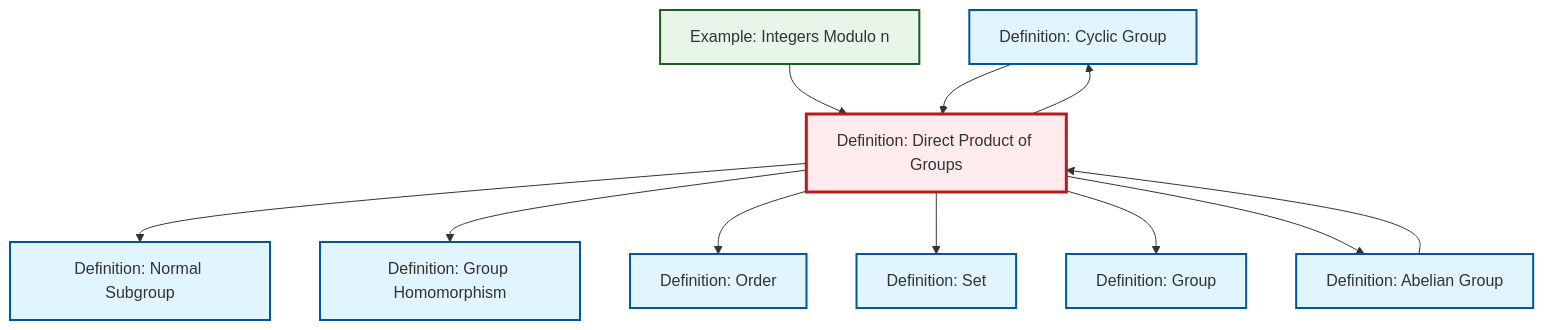
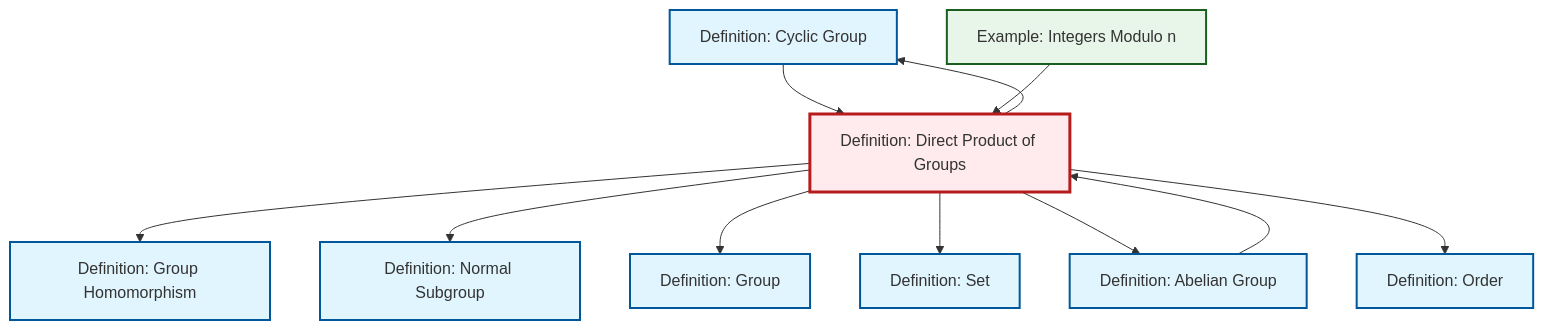
One commit to RK0429/ModernMath changed the diagram in content/en/algebra/def-direct-product.qmd. Above: the diagram before and after it, drawn with Mermaid. The commit also changed other lines of this file and 1012 other files, not shown here.

````diff
--- a/content/en/algebra/def-direct-product.qmd
+++ b/content/en/algebra/def-direct-product.qmd
@@ -107,37 +107,37 @@
 ```{mermaid}
 %%| fig-cap: "Local dependency graph"
 graph TD
     classDef definition fill:#e1f5fe,stroke:#01579b,stroke-width:2px
     classDef theorem fill:#f3e5f5,stroke:#4a148c,stroke-width:2px
     classDef axiom fill:#fff3e0,stroke:#e65100,stroke-width:2px
     classDef example fill:#e8f5e9,stroke:#1b5e20,stroke-width:2px
     classDef current fill:#ffebee,stroke:#b71c1c,stroke-width:3px
+    def-cyclic-group["Definition: Cyclic Group"]:::definition
+    def-order["Definition: Order"]:::definition
     def-set["Definition: Set"]:::definition
-    def-cyclic-group["Definition: Cyclic Group"]:::definition
+    def-abelian-group["Definition: Abelian Group"]:::definition
     def-normal-subgroup["Definition: Normal Subgroup"]:::definition
-    def-order["Definition: Order"]:::definition
+    def-homomorphism["Definition: Group Homomorphism"]:::definition
     def-direct-product["Definition: Direct Product of Groups"]:::definition
-    def-abelian-group["Definition: Abelian Group"]:::definition
+    def-group["Definition: Group"]:::definition
     ex-quotient-integers-mod-n["Example: Integers Modulo n"]:::example
-    def-homomorphism["Definition: Group Homomorphism"]:::definition
-    def-group["Definition: Group"]:::definition
+    def-direct-product --> def-homomorphism
     def-direct-product --> def-normal-subgroup
-    def-direct-product --> def-homomorphism
-    def-direct-product --> def-order
+    def-cyclic-group --> def-direct-product
+    def-direct-product --> def-group
     def-direct-product --> def-cyclic-group
+    def-abelian-group --> def-direct-product
     def-direct-product --> def-set
     ex-quotient-integers-mod-n --> def-direct-product
-    def-direct-product --> def-group
-    def-cyclic-group --> def-direct-product
-    def-abelian-group --> def-direct-product
     def-direct-product --> def-abelian-group
+    def-direct-product --> def-order
     class def-direct-product current
+    click def-cyclic-group "def-cyclic-group.html" "Go to Cyclic Group definition"
+    click def-order "def-order.html" "Go to Order definition"
     click def-set "def-set.html" "Go to Set definition"
-    click def-cyclic-group "def-cyclic-group.html" "Go to Cyclic Group definition"
+    click def-abelian-group "def-abelian-group.html" "Go to Abelian Group definition"
     click def-normal-subgroup "def-normal-subgroup.html" "Go to Normal Subgroup definition"
-    click def-order "def-order.html" "Go to Order definition"
-    click def-abelian-group "def-abelian-group.html" "Go to Abelian Group definition"
-    click ex-quotient-integers-mod-n "ex-quotient-integers-mod-n.html" "Go to Integers Modulo n example"
     click def-homomorphism "def-homomorphism.html" "Go to Group Homomorphism definition"
     click def-group "def-group.html" "Go to Group definition"
+    click ex-quotient-integers-mod-n "ex-quotient-integers-mod-n.html" "Go to Integers Modulo n example"
 ```
````
